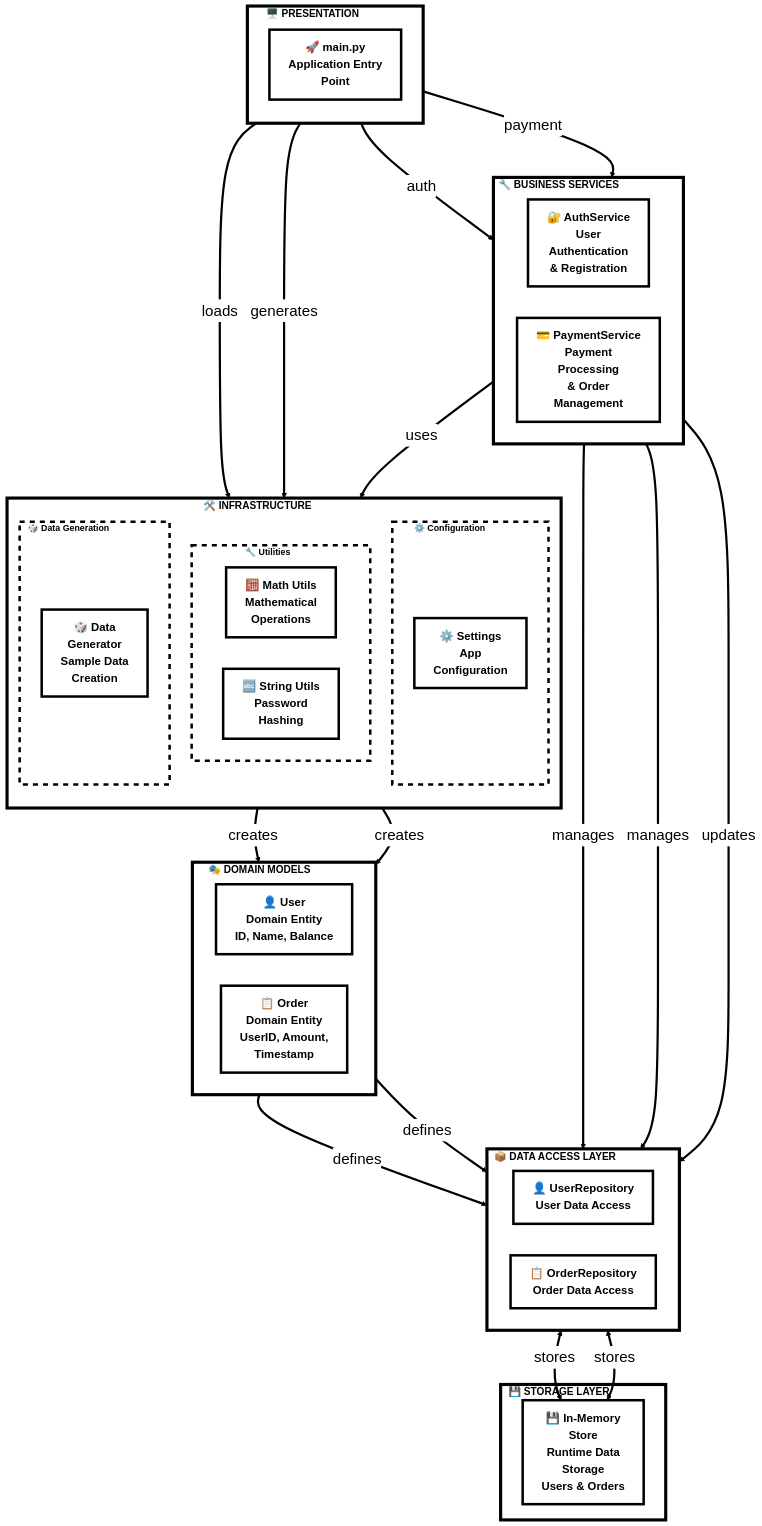
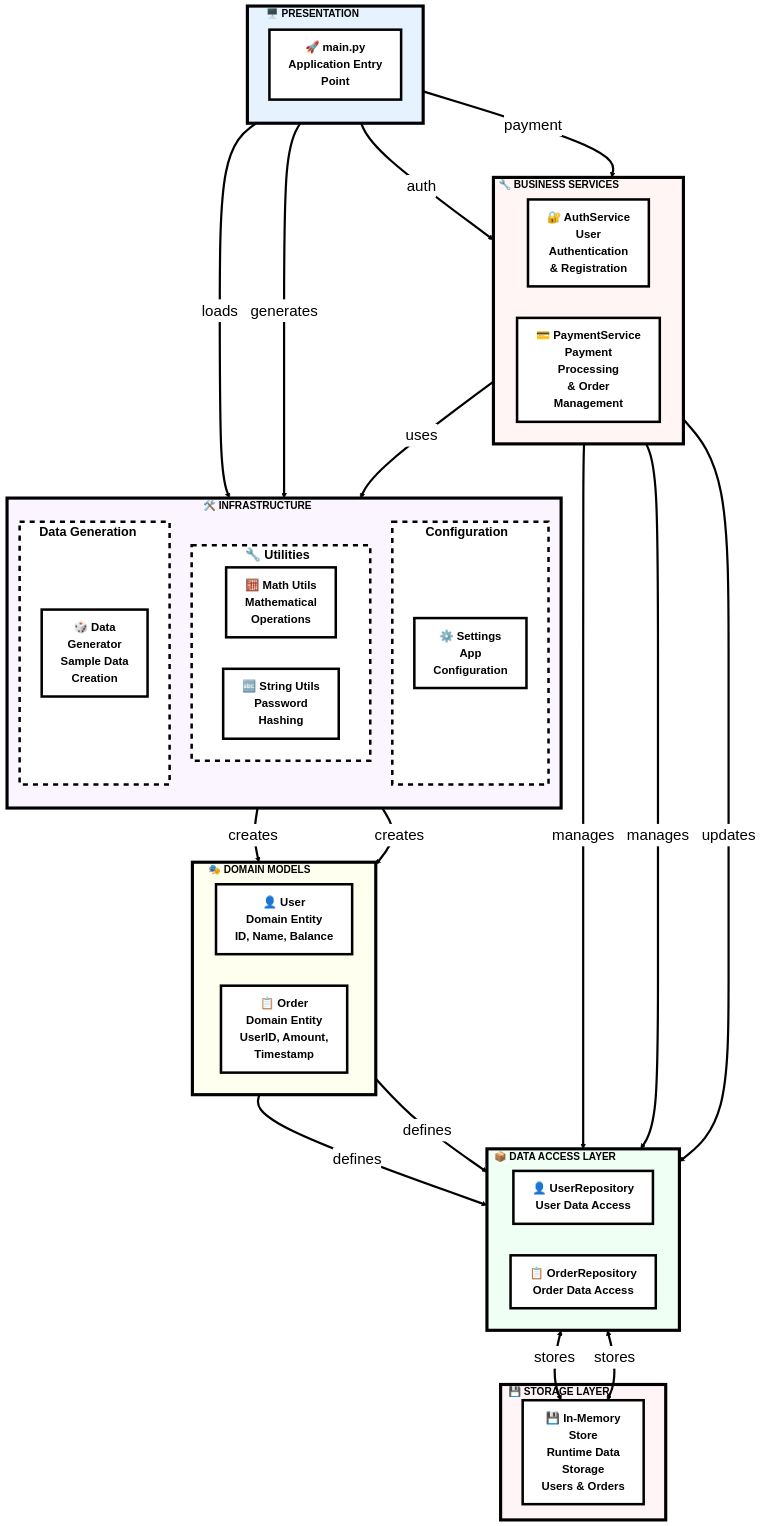
One commit to soso0024/pj-aidev-image_generator changed the diagram in repo_visualize.md. Above: the diagram before and after it, drawn with Mermaid.

Commit message:
docs: update repository visualization diagram styling

````diff
--- a/repo_visualize.md
+++ b/repo_visualize.md
@@ -36,7 +36,7 @@
     %% 🛠️ INFRASTRUCTURE
     subgraph INFRA [" 🛠️ INFRASTRUCTURE "]
         direction TB
-        subgraph CONFIG [" ⚙️ Configuration "]
+        subgraph CONFIG [" Configuration "]
             config["⚙️ Settings<br/>App<br/>Configuration"]:::config
         end
         subgraph UTILS [" 🔧 Utilities "]
@@ -44,7 +44,7 @@
             mathu["🧮 Math Utils<br/>Mathematical<br/>Operations"]:::util
             stringu["🔤 String Utils<br/>Password<br/>Hashing"]:::util
         end
-        subgraph GEN [" 🎲 Data Generation "]
+        subgraph GEN [" Data Generation "]
             generator["🎲 Data<br/>Generator<br/>Sample Data<br/>Creation"]:::generator
         end
     end
@@ -112,15 +112,15 @@
     classDef generator fill:#ffffff,stroke:#000000,stroke-width:4px,color:#000000,font-weight:bold,font-size:18px
     classDef store fill:#ffffff,stroke:#000000,stroke-width:4px,color:#000000,font-weight:bold,font-size:18px
 
-    %% Subgraph Styles - Enhanced Borders for Export
+    %% Subgraph Styles - Colored Backgrounds for Export
     classDef default fill:#ffffff,stroke:#000000,stroke-width:3px,font-size:24px,font-weight:bold,color:#000000
-    style PRES fill:#ffffff,stroke:#000000,stroke-width:5px,color:#000000,font-size:16px,font-weight:bold
-    style BIZ fill:#ffffff,stroke:#000000,stroke-width:5px,color:#000000,font-size:16px,font-weight:bold
-    style DATA fill:#ffffff,stroke:#000000,stroke-width:5px,color:#000000,font-size:16px,font-weight:bold
-    style DOMAIN fill:#ffffff,stroke:#000000,stroke-width:5px,color:#000000,font-size:16px,font-weight:bold
-    style INFRA fill:#ffffff,stroke:#000000,stroke-width:5px,color:#000000,font-size:16px,font-weight:bold
-    style STORAGE fill:#ffffff,stroke:#000000,stroke-width:5px,color:#000000,font-size:16px,font-weight:bold
-    style CONFIG fill:#ffffff,stroke:#000000,stroke-width:4px,stroke-dasharray: 8 8,font-size:14px,font-weight:bold,color:#000000
-    style UTILS fill:#ffffff,stroke:#000000,stroke-width:4px,stroke-dasharray: 8 8,font-size:14px,font-weight:bold,color:#000000
-    style GEN fill:#ffffff,stroke:#000000,stroke-width:4px,stroke-dasharray: 8 8,font-size:14px,font-weight:bold,color:#000000
+    style PRES fill:#e6f3ff,stroke:#000000,stroke-width:5px,color:#000000,font-size:16px,font-weight:bold
+    style BIZ fill:#fff5f5,stroke:#000000,stroke-width:5px,color:#000000,font-size:16px,font-weight:bold
+    style DATA fill:#f0fff4,stroke:#000000,stroke-width:5px,color:#000000,font-size:16px,font-weight:bold
+    style DOMAIN fill:#fffff0,stroke:#000000,stroke-width:5px,color:#000000,font-size:16px,font-weight:bold
+    style INFRA fill:#faf5ff,stroke:#000000,stroke-width:5px,color:#000000,font-size:16px,font-weight:bold
+    style STORAGE fill:#fff5f7,stroke:#000000,stroke-width:5px,color:#000000,font-size:16px,font-weight:bold
+    style CONFIG fill:#ffffff,stroke:#000000,stroke-width:4px,stroke-dasharray: 8 8,font-size:20px,font-weight:bold,color:#000000
+    style UTILS fill:#ffffff,stroke:#000000,stroke-width:4px,stroke-dasharray: 8 8,font-size:20px,font-weight:bold,color:#000000
+    style GEN fill:#ffffff,stroke:#000000,stroke-width:4px,stroke-dasharray: 8 8,font-size:20px,font-weight:bold,color:#000000
 ```
````
